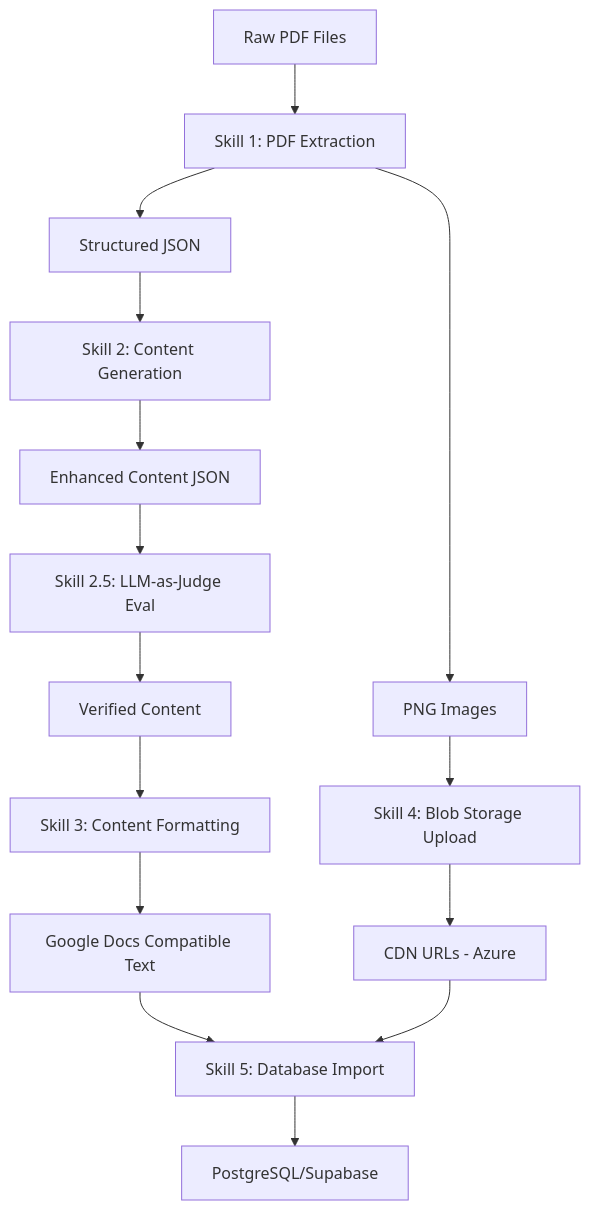
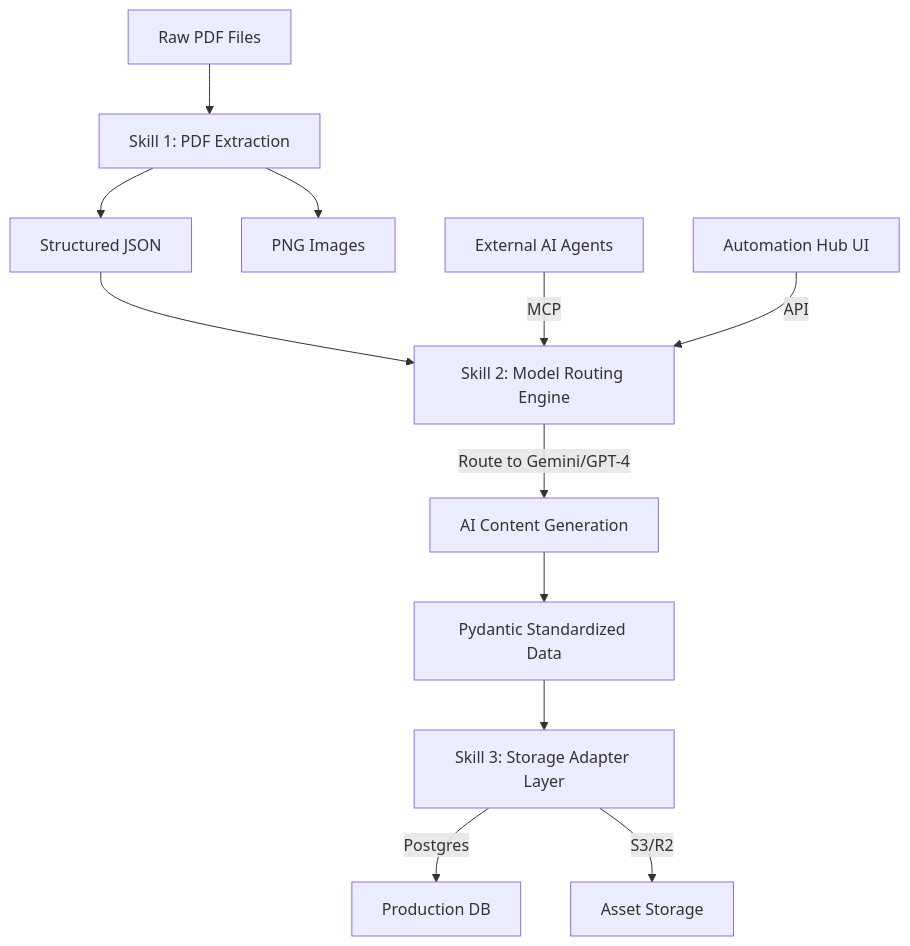
The diagram in content_gen/docs/AGENTIC_WORKFLOW.md (shmukit/Edmate), drawn with Mermaid before and after one commit. The commit also changed other lines of this file and 10 other files, not shown here.

````diff
--- a/content_gen/docs/AGENTIC_WORKFLOW.md
+++ b/content_gen/docs/AGENTIC_WORKFLOW.md
@@ -13,17 +13,17 @@
 ```mermaid
 graph TB
     A[Raw PDF Files] --> B[Skill 1: PDF Extraction]
     B --> C[Structured JSON]
     B --> D[PNG Images]
-    C --> E[Skill 2: Content Generation]
-    E --> F[Enhanced Content JSON]
-    F --> G[Skill 2.5: LLM-as-Judge Eval]
-    G --> H[Verified Content]
-    H --> I[Skill 3: Content Formatting]
-    I --> J[Google Docs Compatible Text]
-    D --> K[Skill 4: Blob Storage Upload]
-    K --> L[CDN URLs - Azure]
-    J --> M[Skill 5: Database Import]
-    L --> M
-    M --> N[PostgreSQL/Supabase]
+    
+    C --> E[Skill 2: Model Routing Engine]
+    E -->|Route to Gemini/GPT-4| F[AI Content Generation]
+    F --> G[Pydantic Standardized Data]
+    
+    G --> H[Skill 3: Storage Adapter Layer]
+    H -->|Postgres| I[Production DB]
+    H -->|S3/R2| J[Asset Storage]
+    
+    K[External AI Agents] -->|MCP| E
+    L[Automation Hub UI] -->|API| E
 ```
````
